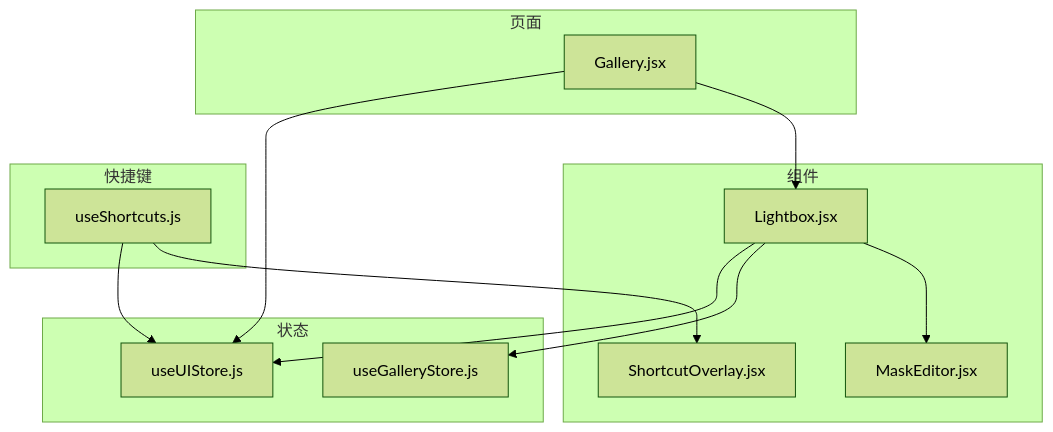
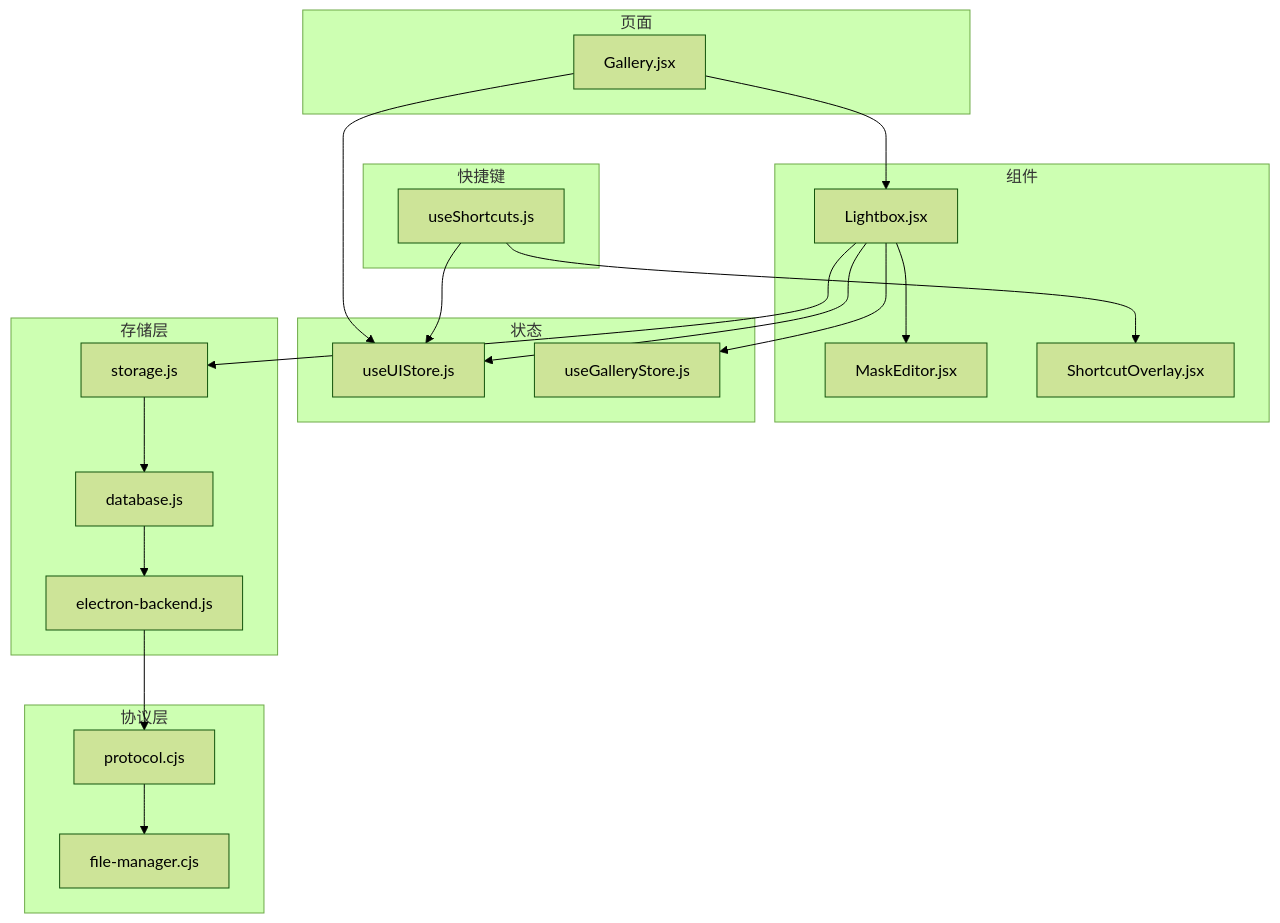
The first of 8 diagrams in .qoder/repowiki/zh/content/UI 组件库/Lightbox 图片查看器组件.md (AlbusWei/AI-Image-Studio), drawn with Mermaid (forest theme) before and after one commit. The commit also changed other lines of this file and 37 other files, not shown here.

````diff
--- a/.qoder/repowiki/zh/content/UI 组件库/Lightbox 图片查看器组件.md
+++ b/.qoder/repowiki/zh/content/UI 组件库/Lightbox 图片查看器组件.md
@@ -43,25 +57,39 @@
 ```mermaid
 graph TB
 subgraph "页面"
 G["Gallery.jsx"]
 end
 subgraph "组件"
 L["Lightbox.jsx"]
 M["MaskEditor.jsx"]
 S["ShortcutOverlay.jsx"]
 end
 subgraph "状态"
 U["useUIStore.js"]
 GS["useGalleryStore.js"]
 end
 subgraph "快捷键"
 HK["useShortcuts.js"]
 end
+subgraph "协议层"
+P["protocol.cjs"]
+FM["file-manager.cjs"]
+end
+subgraph "存储层"
+ST["storage.js"]
+DB["database.js"]
+EB["electron-backend.js"]
+end
 G --> U
 G --> L
 L --> U
 L --> GS
 L --> M
+L --> ST
 HK --> U
 HK --> S
+ST --> DB
+DB --> EB
+EB --> P
+P --> FM
 ```
````
